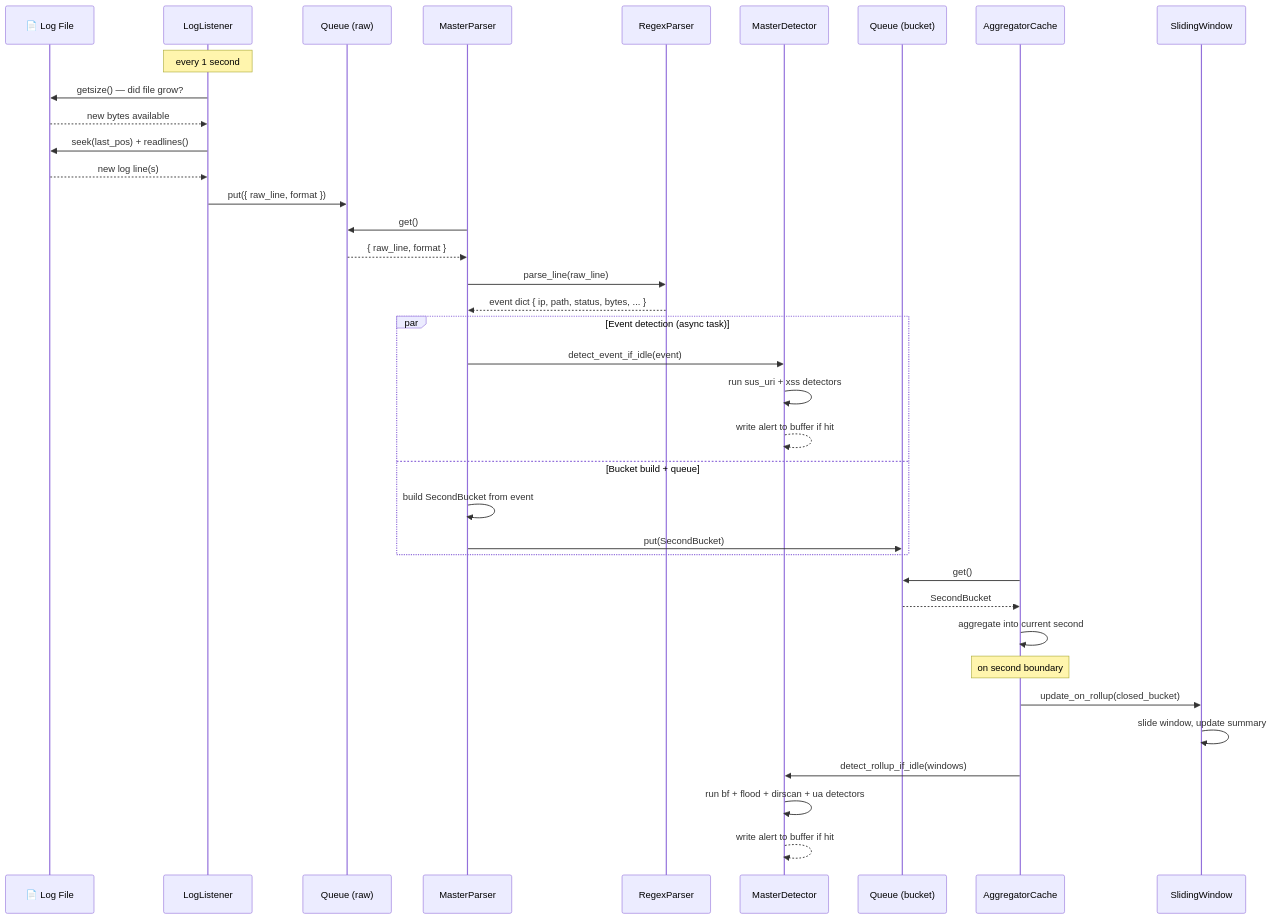
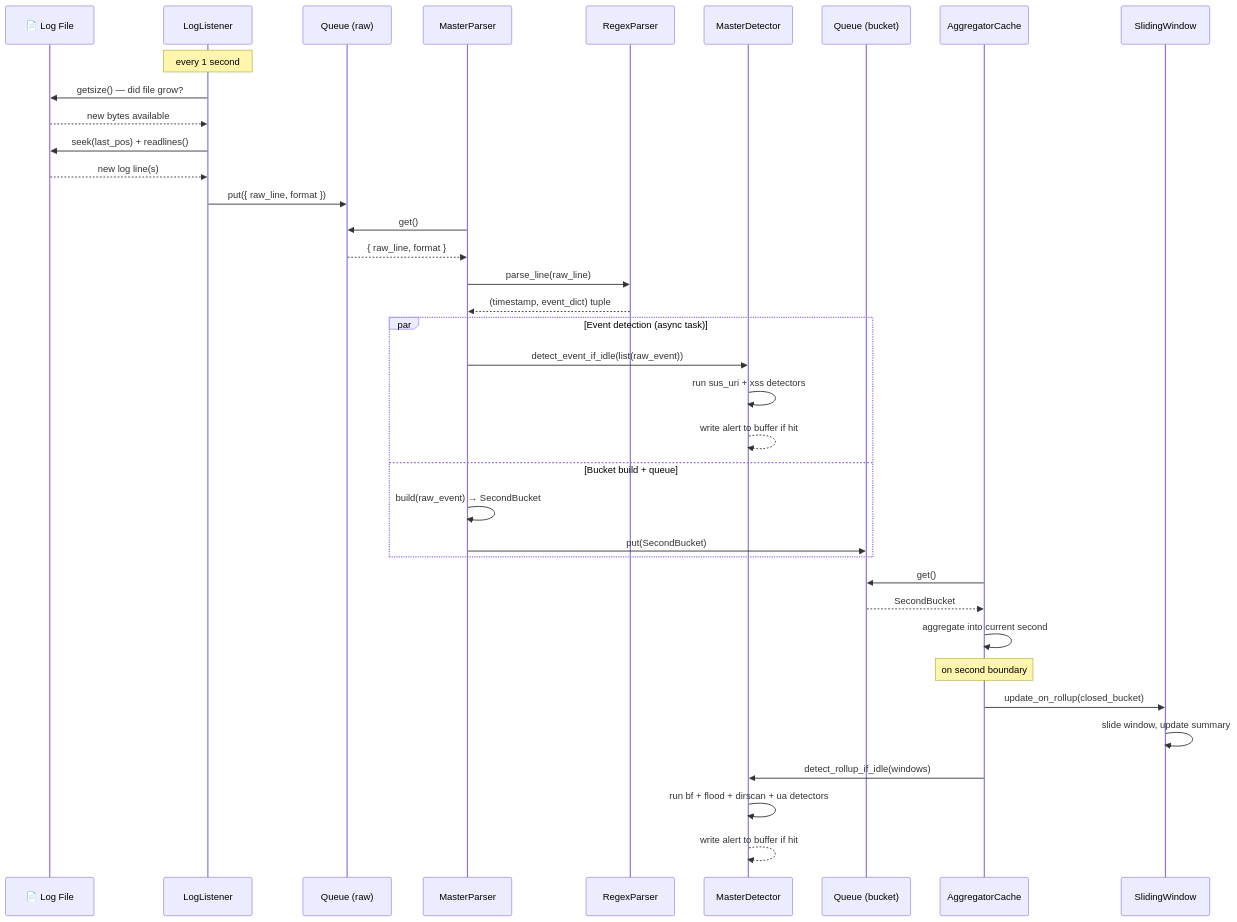
One commit to bachkhoahoccode/log-analyser changed the diagram in architecture/logline_sequential.md. Above: the diagram before and after it, drawn with Mermaid. The commit also changed 7 other files, not shown here.

````diff
--- a/architecture/logline_sequential.md
+++ b/architecture/logline_sequential.md
@@ -1,77 +1,77 @@
 ```mermaid
 %%{init: { "theme": "default", "themeCSS": "svg { background: white !important; }" }}%%
 
 sequenceDiagram
 
     participant File as 📄 Log File
 
     participant LS as LogListener
 
     participant Q1 as Queue (raw)
 
     participant MP as MasterParser
 
     participant RX as RegexParser
 
     participant MD as MasterDetector
 
     participant Q2 as Queue (bucket)
 
     participant AG as AggregatorCache
 
     participant SW as SlidingWindow
 
     Note over LS: every 1 second
 
     LS->>File: getsize() — did file grow?
 
     File-->>LS: new bytes available
 
     LS->>File: seek(last_pos) + readlines()
 
     File-->>LS: new log line(s)
 
     LS->>Q1: put({ raw_line, format })
 
     MP->>Q1: get()
 
     Q1-->>MP: { raw_line, format }
 
     MP->>RX: parse_line(raw_line)
 
-    RX-->>MP: event dict { ip, path, status, bytes, ... }
+    RX-->>MP: (timestamp, event_dict) tuple
 
     par Event detection (async task)
 
-        MP->>MD: detect_event_if_idle(event)
+        MP->>MD: detect_event_if_idle(list(raw_event))
 
         MD->>MD: run sus_uri + xss detectors
 
         MD-->>MD: write alert to buffer if hit
 
     and Bucket build + queue
 
-        MP->>MP: build SecondBucket from event
+        MP->>MP: build(raw_event) → SecondBucket
 
         MP->>Q2: put(SecondBucket)
 
     end
 
     AG->>Q2: get()
 
     Q2-->>AG: SecondBucket
 
     AG->>AG: aggregate into current second
 
     Note over AG: on second boundary
 
     AG->>SW: update_on_rollup(closed_bucket)
 
     SW->>SW: slide window, update summary
 
     AG->>MD: detect_rollup_if_idle(windows)
 
     MD->>MD: run bf + flood + dirscan + ua detectors
 
     MD-->>MD: write alert to buffer if hit
 ```
````
